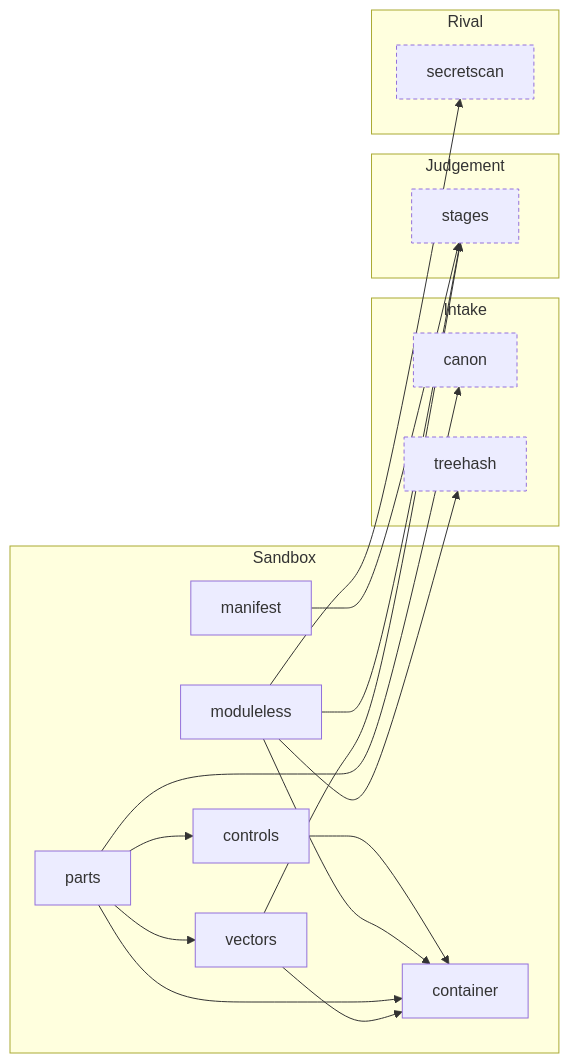
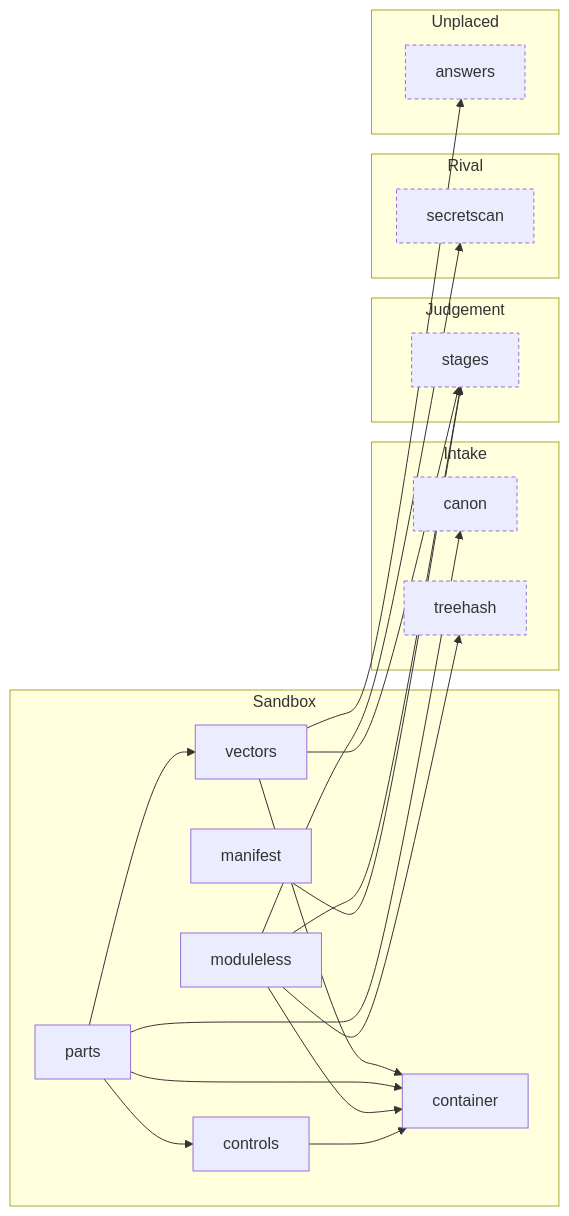
Before and after one commit to Okan-wqm/snowball-mcp: the fifth of 9 diagrams in docs/harita.md, drawn with Mermaid. The commit also changed other lines of this file and 7 other files, not shown here.

````diff
--- a/docs/harita.md
+++ b/docs/harita.md
@@ -227,34 +230,38 @@
 ```mermaid
 flowchart LR
   subgraph a_Sandbox["Sandbox"]
     m_container["container"]
     m_controls["controls"]
     m_manifest["manifest"]
     m_moduleless["moduleless"]
     m_parts["parts"]
     m_vectors["vectors"]
   end
   subgraph a_Intake["Intake"]
     m_canon["canon"]:::outside
     m_treehash["treehash"]:::outside
   end
   subgraph a_Judgement["Judgement"]
     m_stages["stages"]:::outside
   end
   subgraph a_Rival["Rival"]
     m_secretscan["secretscan"]:::outside
   end
+  subgraph a_Unplaced["Unplaced"]
+    m_answers["answers"]:::outside
+  end
   m_controls --> m_container
   m_manifest --> m_stages
   m_moduleless --> m_container
   m_moduleless --> m_secretscan
   m_moduleless --> m_stages
   m_moduleless --> m_treehash
   m_parts --> m_canon
   m_parts --> m_container
   m_parts --> m_controls
   m_parts --> m_vectors
+  m_vectors --> m_answers
   m_vectors --> m_container
   m_vectors --> m_stages
   classDef outside stroke-dasharray: 4 3
 ```
````
